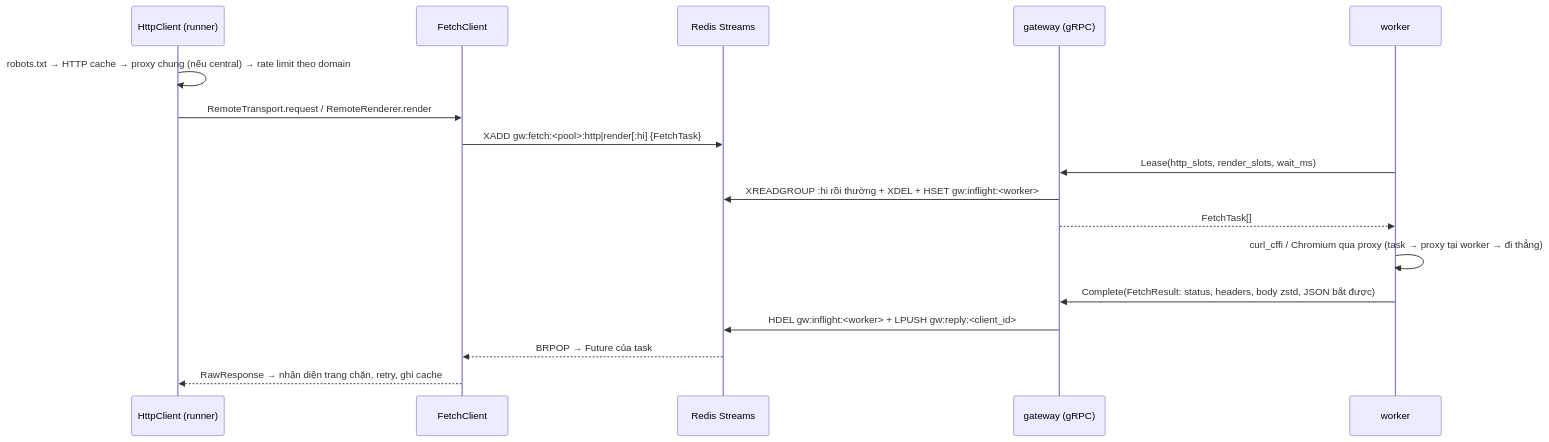
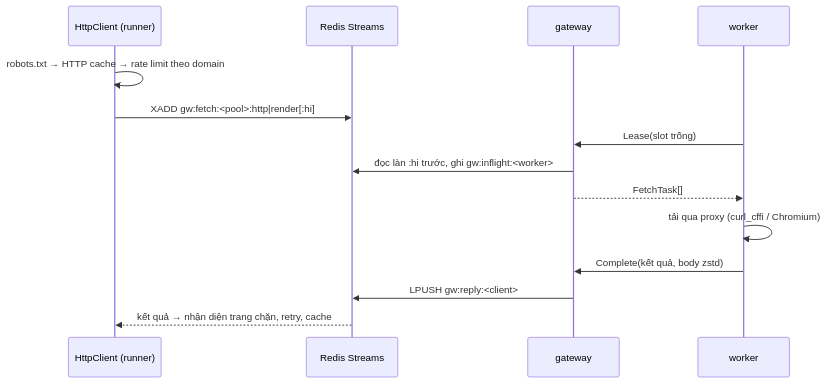
Before and after one commit to ntthanh2603/job-crawler: the second of 2 diagrams in docs/ARCHITECTURE.md, drawn with Mermaid. The commit also changed other lines of this file and 3 other files, not shown here.

First line of the commit message:
docs: shorter architecture / operations / deploy docs with scale tiers

````diff
--- a/docs/ARCHITECTURE.md
+++ b/docs/ARCHITECTURE.md
@@ -356,19 +178,16 @@
 ```mermaid
 sequenceDiagram
   participant H as HttpClient (runner)
-  participant F as FetchClient
   participant R as Redis Streams
-  participant G as gateway (gRPC)
+  participant G as gateway
   participant W as worker
-  H->>H: robots.txt → HTTP cache → proxy chung (nếu central) → rate limit theo domain
-  H->>F: RemoteTransport.request / RemoteRenderer.render
-  F->>R: XADD gw:fetch:<pool>:http|render[:hi] {FetchTask}
-  W->>G: Lease(http_slots, render_slots, wait_ms)
-  G->>R: XREADGROUP :hi rồi thường + XDEL + HSET gw:inflight:<worker>
+  H->>H: robots.txt → HTTP cache → rate limit theo domain
+  H->>R: XADD gw:fetch:<pool>:http|render[:hi]
+  W->>G: Lease(slot trống)
+  G->>R: đọc làn :hi trước, ghi gw:inflight:<worker>
   G-->>W: FetchTask[]
-  W->>W: curl_cffi / Chromium qua proxy (task → proxy tại worker → đi thẳng)
-  W->>G: Complete(FetchResult: status, headers, body zstd, JSON bắt được)
-  G->>R: HDEL gw:inflight:<worker> + LPUSH gw:reply:<client_id>
-  R-->>F: BRPOP → Future của task
-  F-->>H: RawResponse → nhận diện trang chặn, retry, ghi cache
+  W->>W: tải qua proxy (curl_cffi / Chromium)
+  W->>G: Complete(kết quả, body zstd)
+  G->>R: LPUSH gw:reply:<client>
+  R-->>H: kết quả → nhận diện trang chặn, retry, cache
 ```
````
